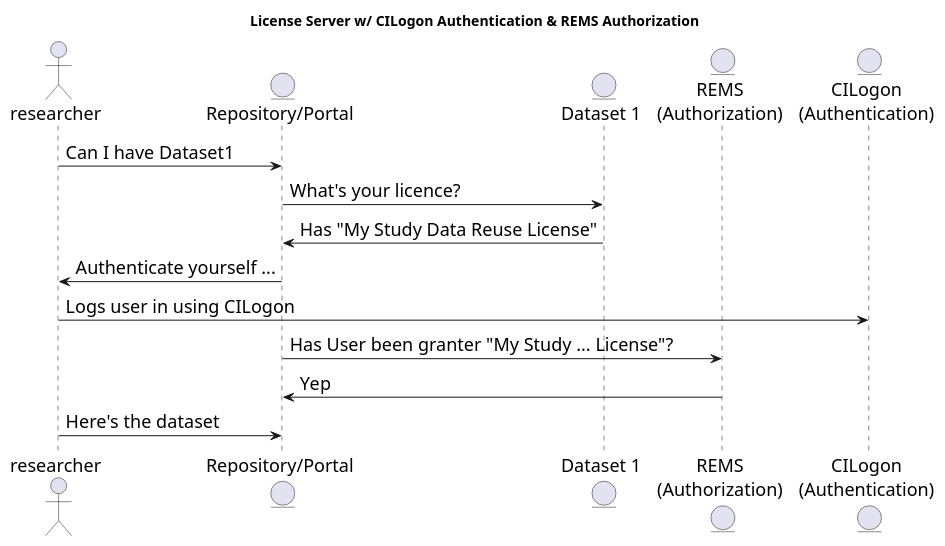
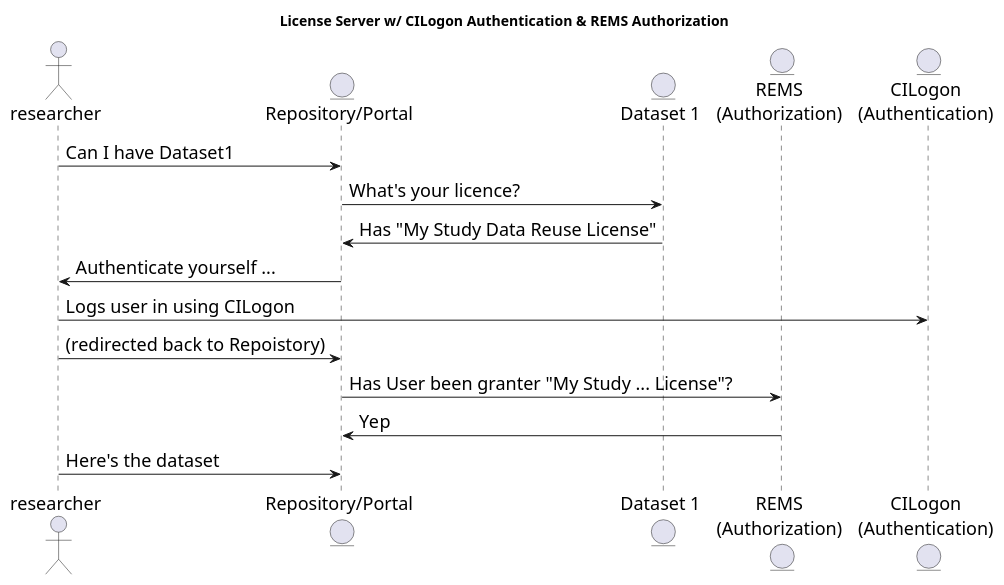
One commit to Language-Research-Technology/plantuml-diagrams changed the diagram in ldaca/ci-logon-and-rems-auth-interaction.puml. Above: the diagram before and after it, drawn with PlantUML. The commit also changed 1 other file, not shown here.

```diff
--- a/ldaca/ci-logon-and-rems-auth-interaction.puml
+++ b/ldaca/ci-logon-and-rems-auth-interaction.puml
@@ -2,20 +2,23 @@
 @startuml
 skinparam defaultFontSize 18
 
 title: License Server w/ CILogon Authentication & REMS Authorization
 actor       researcher     as res
 entity    "Repository/Portal"   as rep
 entity "Dataset 1" as c
 
 entity    "REMS\n(Authorization)"    as gls
 entity    "CILogon\n(Authentication)"    as cl
 res -> rep : Can I have Dataset1
 rep -> c : What's your licence?
 c -> rep : Has "My Study Data Reuse License" 
 rep -> res : Authenticate yourself ...
-res -> cl : Logs user in using CILogon  
+res -> cl : Logs user in using CILogon
+res -> rep : (redirected back to Repoistory) 
+
+
 rep ->  gls : Has User been granter "My Study ... License"?
 gls -> rep : Yep
 res -> rep : Here's the dataset
 
 @enduml
```
